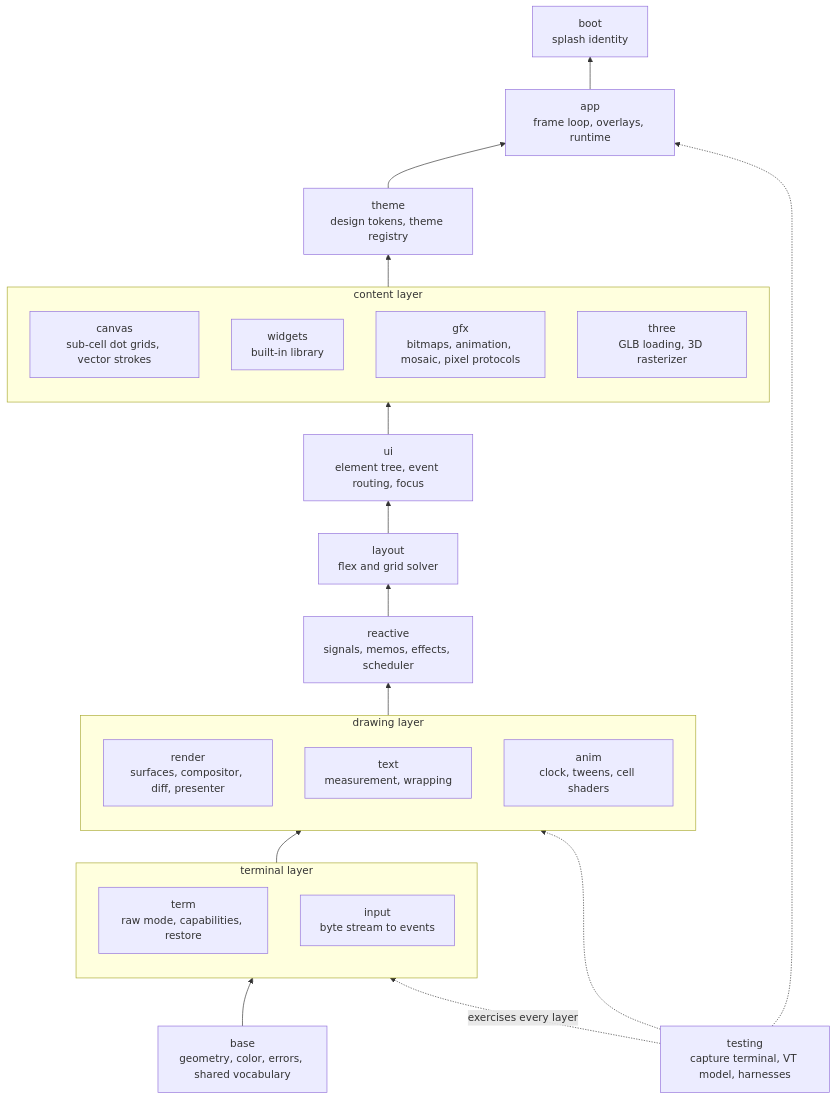
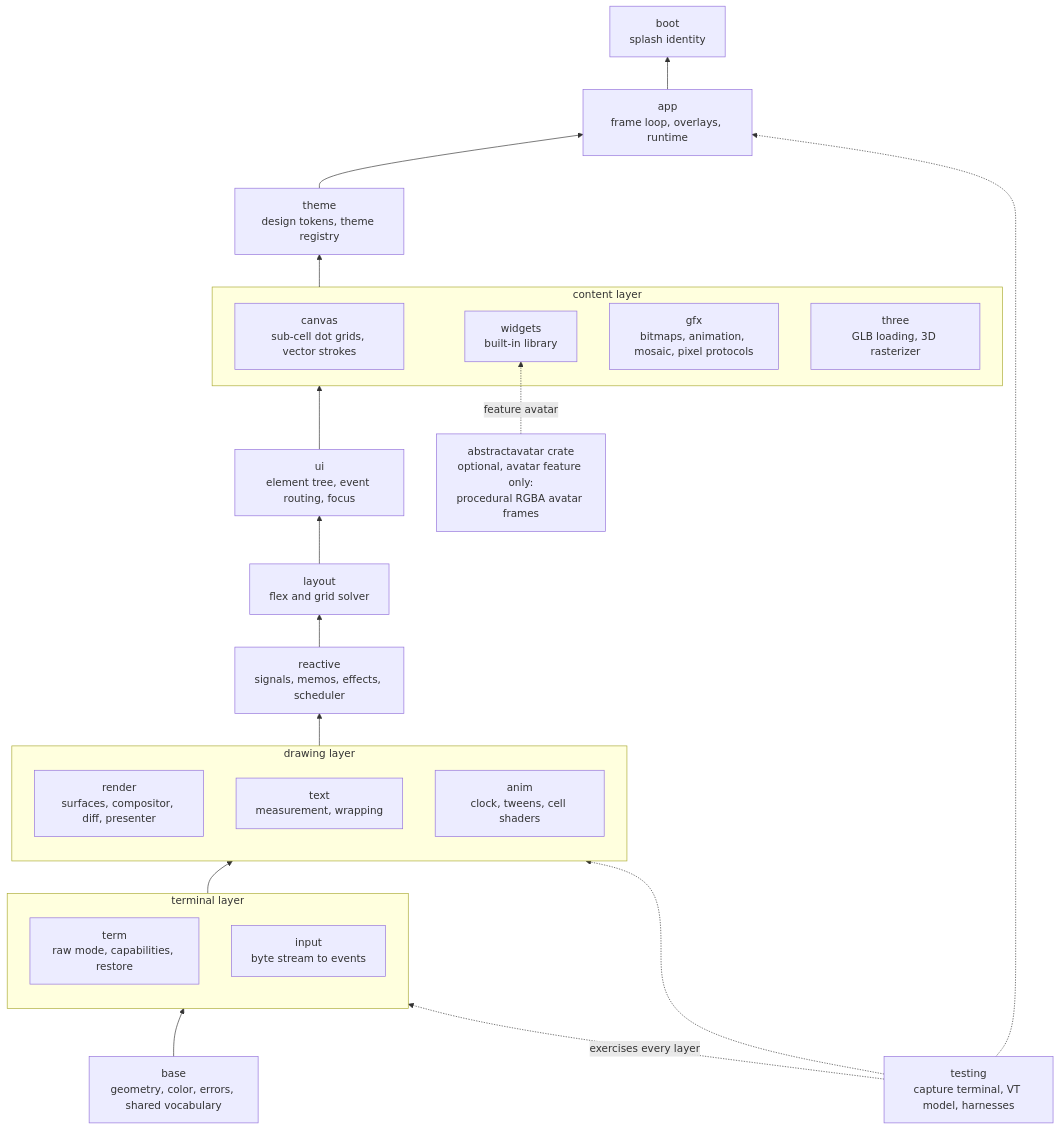
One commit to lpalbou/AbstractTUI changed the first of 2 diagrams in docs/architecture.md. Above: the diagram before and after it, drawn with Mermaid. The commit also changed other lines of this file and 12 other files, not shown here.

First line of the commit message:
Release abstracttui 0.7.1: changelog, docs, avatar feature from crates.io

````diff
--- a/docs/architecture.md
+++ b/docs/architecture.md
@@ -24,45 +24,48 @@
 ```mermaid
 graph BT
     base["base<br/>geometry, color, errors, shared vocabulary"]
 
     subgraph terminal["terminal layer"]
         term["term<br/>raw mode, capabilities, restore"]
         input["input<br/>byte stream to events"]
     end
 
     subgraph drawing["drawing layer"]
         render["render<br/>surfaces, compositor, diff, presenter"]
         text["text<br/>measurement, wrapping"]
         anim["anim<br/>clock, tweens, cell shaders"]
     end
 
     reactive["reactive<br/>signals, memos, effects, scheduler"]
     layout["layout<br/>flex and grid solver"]
     ui["ui<br/>element tree, event routing, focus"]
 
     subgraph content["content layer"]
         canvas["canvas<br/>sub-cell dot grids, vector strokes"]
         widgets["widgets<br/>built-in library"]
         gfx["gfx<br/>bitmaps, animation, mosaic, pixel protocols"]
         three["three<br/>GLB loading, 3D rasterizer"]
     end
 
     theme["theme<br/>design tokens, theme registry"]
     app["app<br/>frame loop, overlays, runtime"]
     boot["boot<br/>splash identity"]
 
     testing["testing<br/>capture terminal, VT model, harnesses"]
 
+    avatarcrate["abstractavatar crate<br/>optional, avatar feature only:<br/>procedural RGBA avatar frames"]
+
     base --> terminal
     terminal --> drawing
     drawing --> reactive
     reactive --> layout
     layout --> ui
     ui --> content
     content --> theme
     theme --> app
     app --> boot
     testing -. exercises every layer .-> terminal
     testing -.-> drawing
     testing -.-> app
+    avatarcrate -. "feature avatar" .-> widgets
 ```
````
